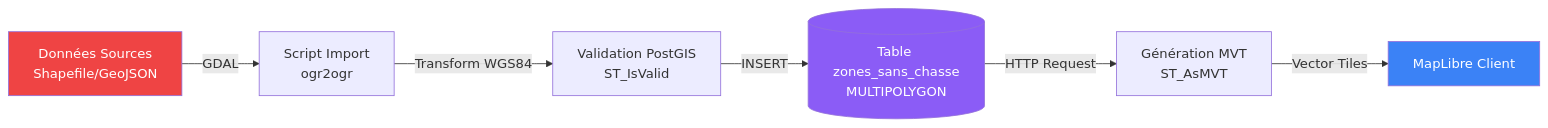
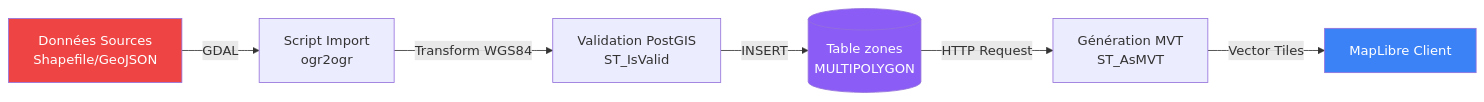
The second of 2 diagrams in docs/architecture.md (TdyP/NatureTranquille), drawn with Mermaid before and after one commit. The commit also changed other lines of this file and 11 other files, not shown here.

````diff
--- a/docs/architecture.md
+++ b/docs/architecture.md
@@ -45,19 +45,19 @@
 ```mermaid
 flowchart LR
     Raw[Données Sources<br/>Shapefile/GeoJSON]
     Import[Script Import<br/>ogr2ogr]
     Validate[Validation PostGIS<br/>ST_IsValid]
-    Store[(Table zones_sans_chasse<br/>MULTIPOLYGON)]
+    Store[(Table zones<br/>MULTIPOLYGON)]
     MVT[Génération MVT<br/>ST_AsMVT]
     Client[MapLibre Client]
 
     Raw -->|GDAL| Import
     Import -->|Transform WGS84| Validate
     Validate -->|INSERT| Store
     Store -->|HTTP Request| MVT
     MVT -->|Vector Tiles| Client
 
     style Raw fill:#ef4444,color:#fff
     style Store fill:#8b5cf6,color:#fff
     style Client fill:#3b82f6,color:#fff
 ```
````
